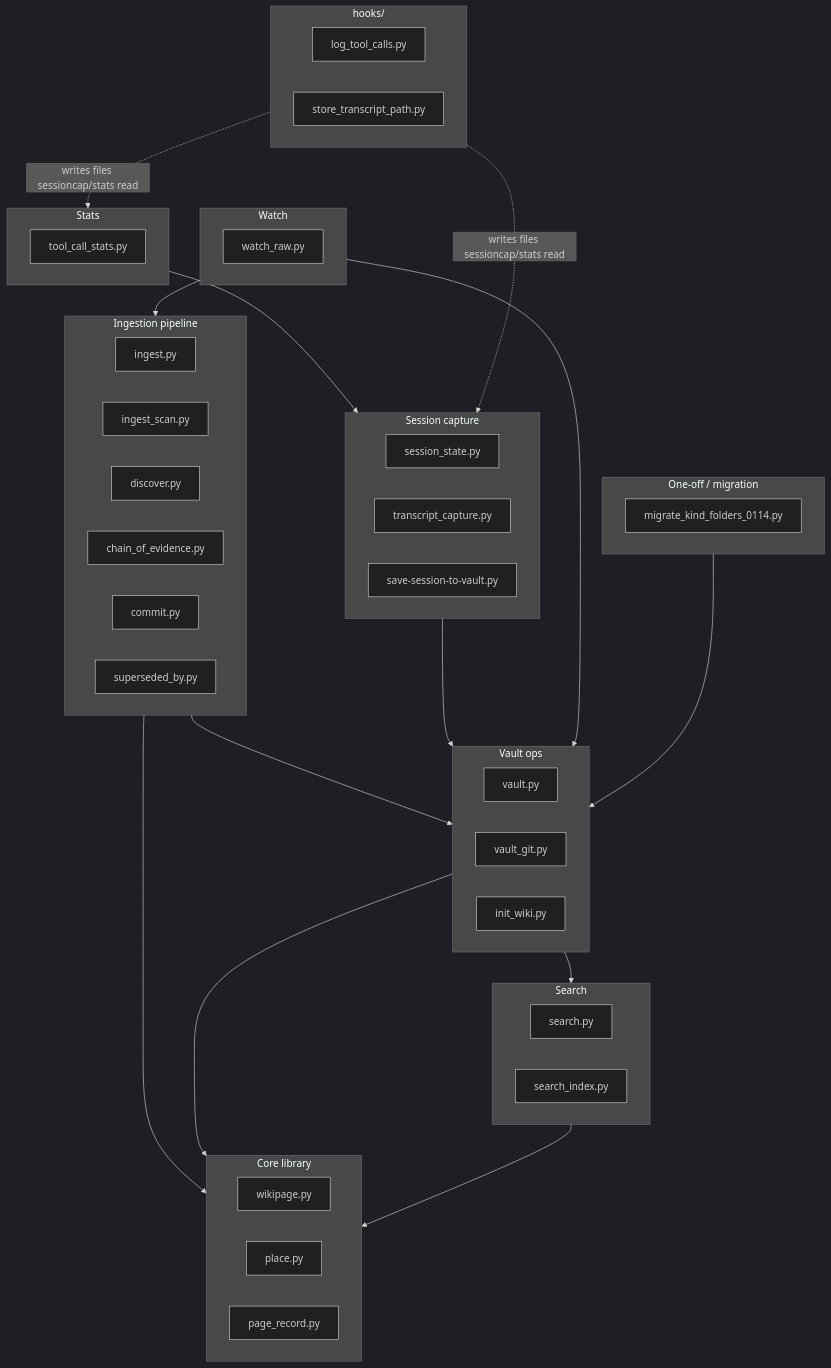
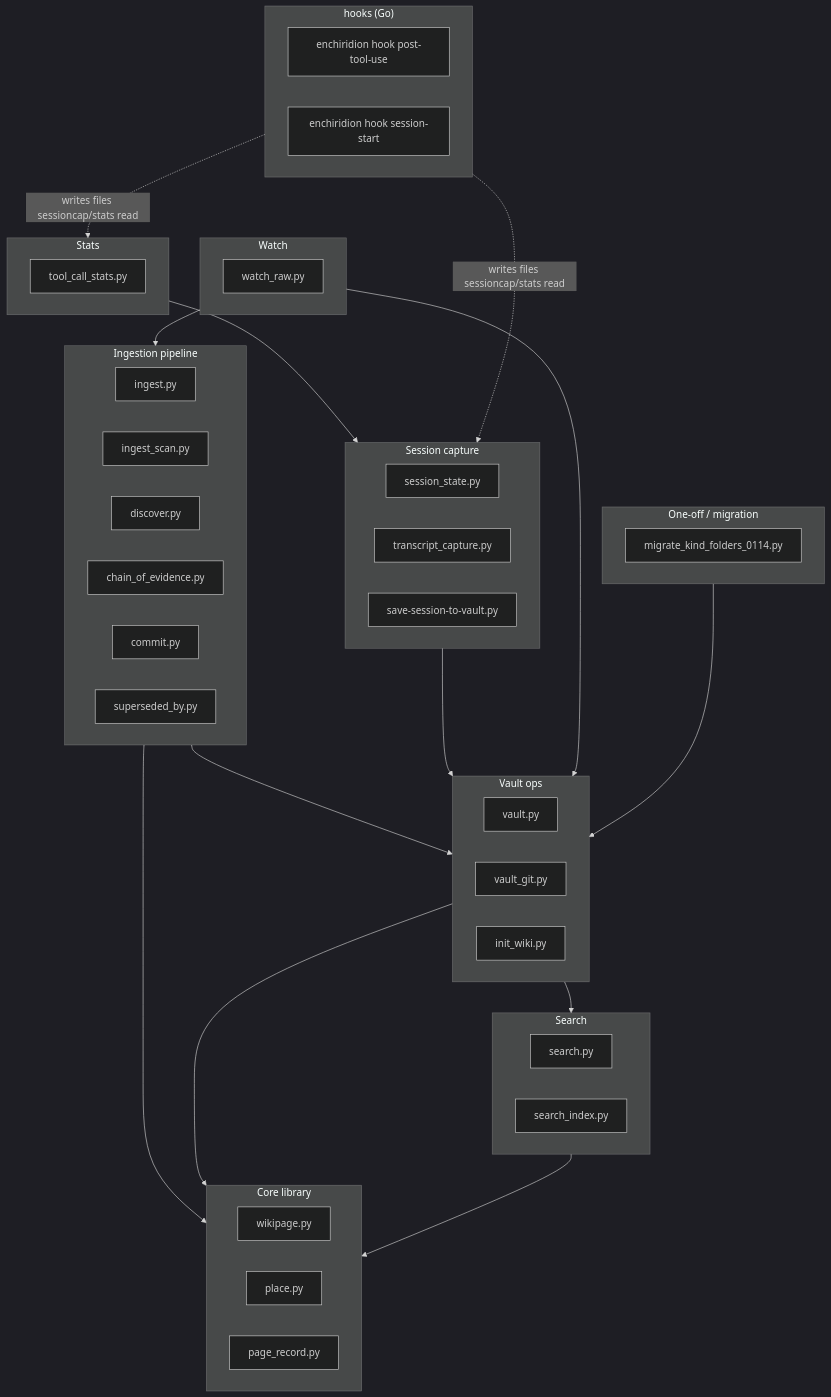
The first of 10 diagrams in docs/architecture.md (dhague/enchiridion), drawn with Mermaid (dark theme) before and after one commit. The commit also changed other lines of this file and 24 other files, not shown here.

````diff
--- a/docs/architecture.md
+++ b/docs/architecture.md
@@ -17,65 +17,65 @@
 ```mermaid
 flowchart TB
     subgraph core["Core library"]
         wikipage["wikipage.py"]
         place["place.py"]
         page_record["page_record.py"]
     end
 
     subgraph vaultops["Vault ops"]
         vault["vault.py"]
         vault_git["vault_git.py"]
         init_wiki["init_wiki.py"]
     end
 
     subgraph search["Search"]
         search_py["search.py"]
         search_index["search_index.py"]
     end
 
     subgraph ingestion["Ingestion pipeline"]
         ingest["ingest.py"]
         ingest_scan["ingest_scan.py"]
         discover["discover.py"]
         chain_of_evidence["chain_of_evidence.py"]
         commit["commit.py"]
         superseded_by["superseded_by.py"]
     end
 
     subgraph sessioncap["Session capture"]
         session_state["session_state.py"]
         transcript_capture["transcript_capture.py"]
         save_session["save-session-to-vault.py"]
     end
 
     subgraph watch["Watch"]
         watch_raw["watch_raw.py"]
     end
 
     subgraph migration["One-off / migration"]
         migrate["migrate_kind_folders_0114.py"]
     end
 
     subgraph stats["Stats"]
         tool_call_stats["tool_call_stats.py"]
     end
 
-    subgraph hooks["hooks/"]
-        log_tool_calls["log_tool_calls.py"]
-        store_transcript_path["store_transcript_path.py"]
+    subgraph hooks["hooks (Go)"]
+        log_tool_calls["enchiridion hook post-tool-use"]
+        store_transcript_path["enchiridion hook session-start"]
     end
 
     ingestion --> core
     ingestion --> vaultops
     vaultops --> core
     vaultops --> search
     search --> core
     sessioncap --> vaultops
     watch --> ingestion
     watch --> vaultops
     migration --> vaultops
     stats --> sessioncap
 
     hooks -.->|writes files sessioncap/stats read| sessioncap
     hooks -.->|writes files sessioncap/stats read| stats
 ```
````
